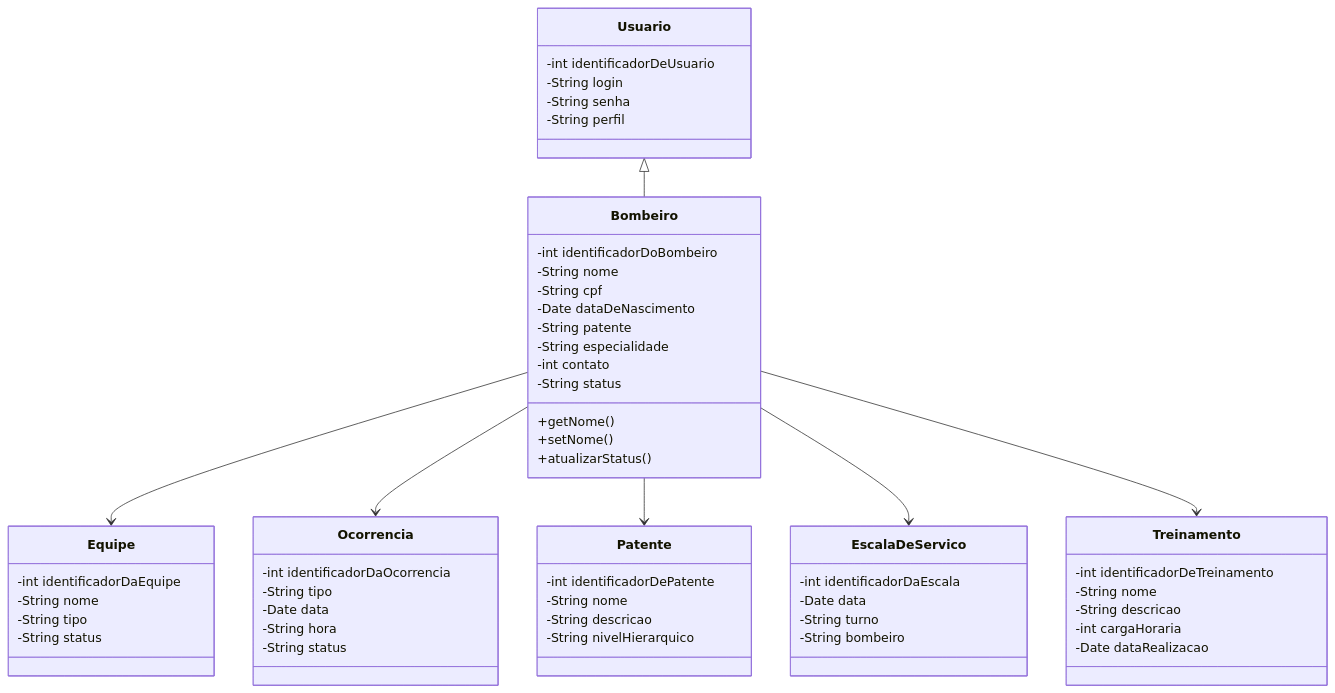
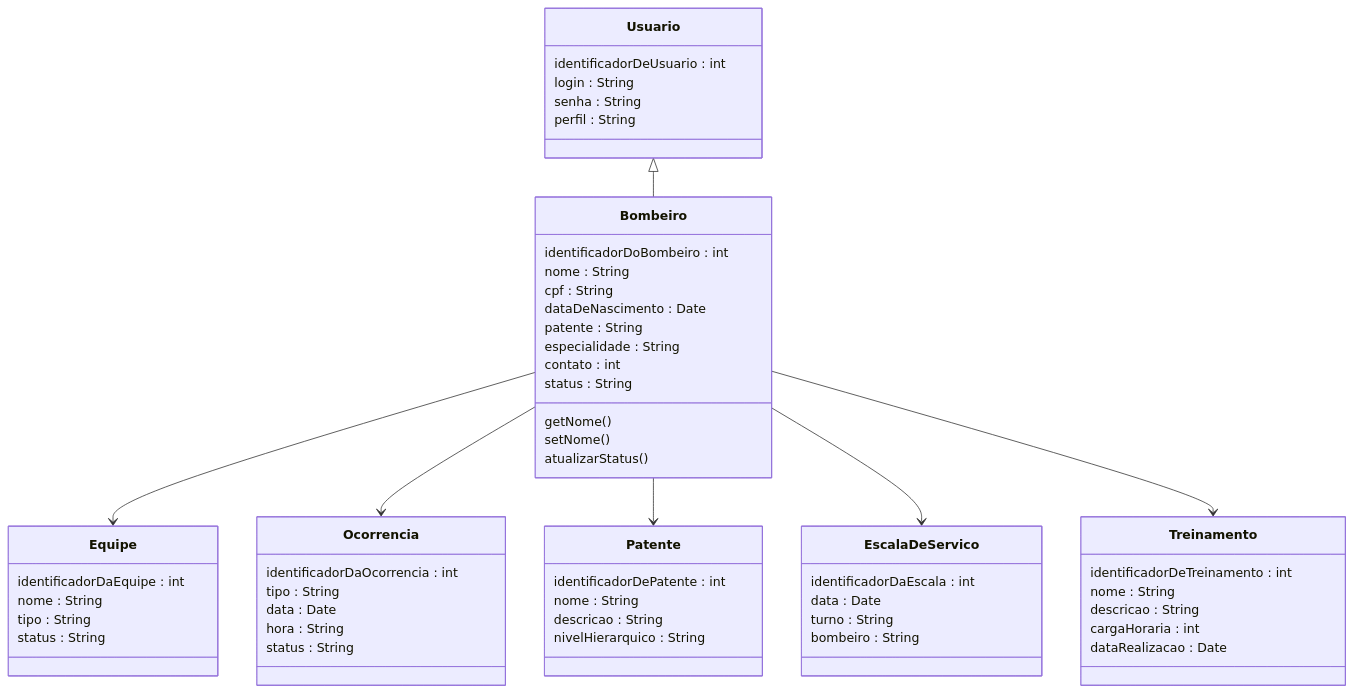
Before and after one commit to ViniciusOdorizziHoppe/PRO1-Tarefa: the diagram in README.md, drawn with Mermaid.

Commit message:
Refactor class diagram attributes for clarity

````diff
--- a/README.md
+++ b/README.md
@@ -3,69 +3,69 @@
 ```mermaid
 classDiagram
     class Usuario {
-        -int identificadorDeUsuario
-        -String login
-        -String senha
-        -String perfil
+        identificadorDeUsuario : int
+        login : String
+        senha : String
+        perfil : String
     }
 
     class Bombeiro {
-        -int identificadorDoBombeiro
-        -String nome
-        -String cpf
-        -Date dataDeNascimento
-        -String patente
-        -String especialidade
-        -int contato
-        -String status
+        identificadorDoBombeiro : int
+        nome : String
+        cpf : String
+        dataDeNascimento : Date
+        patente : String
+        especialidade : String
+        contato : int
+        status : String
 
-        +getNome()
-        +setNome()
-        +atualizarStatus()
+        getNome()
+        setNome()
+        atualizarStatus()
     }
 
     class Equipe {
-        -int identificadorDaEquipe
-        -String nome
-        -String tipo
-        -String status
+        identificadorDaEquipe : int
+        nome : String
+        tipo : String
+        status : String
     }
 
     class Ocorrencia {
-        -int identificadorDaOcorrencia
-        -String tipo
-        -Date data
-        -String hora
-        -String status
+        identificadorDaOcorrencia : int
+        tipo : String
+        data : Date
+        hora : String
+        status : String
     }
 
     class Patente {
-        -int identificadorDePatente
-        -String nome
-        -String descricao
-        -String nivelHierarquico
+        identificadorDePatente : int
+        nome : String
+        descricao : String
+        nivelHierarquico : String
     }
 
     class EscalaDeServico {
-        -int identificadorDaEscala
-        -Date data
-        -String turno
-        -String bombeiro
+        identificadorDaEscala : int
+        data : Date
+        turno : String
+        bombeiro : String
     }
 
     class Treinamento {
-        -int identificadorDeTreinamento
-        -String nome
-        -String descricao
-        -int cargaHoraria
-        -Date dataRealizacao
+        identificadorDeTreinamento : int
+        nome : String
+        descricao : String
+        cargaHoraria : int
+        dataRealizacao : Date
     }
 
     Usuario <|-- Bombeiro
 
     Bombeiro --> Equipe
     Bombeiro --> Ocorrencia
     Bombeiro --> Patente
     Bombeiro --> EscalaDeServico
     Bombeiro --> Treinamento
 ```
````
